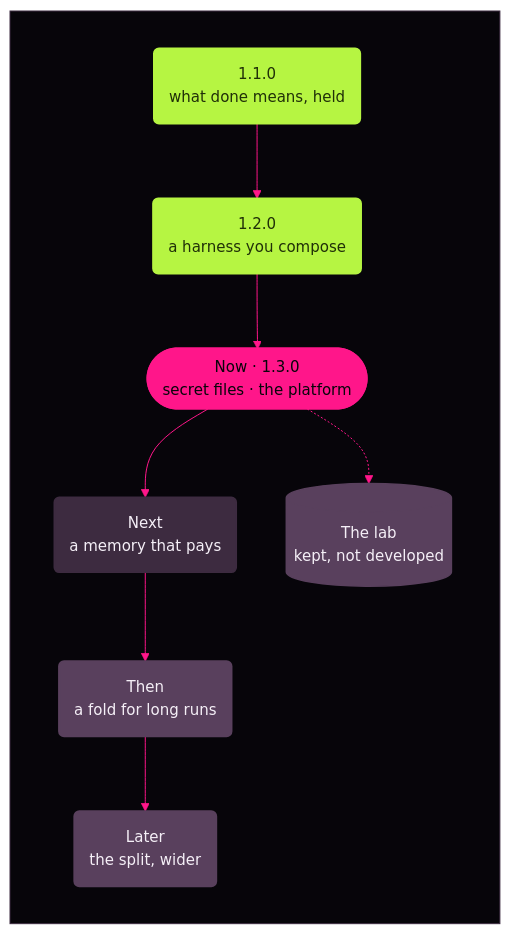
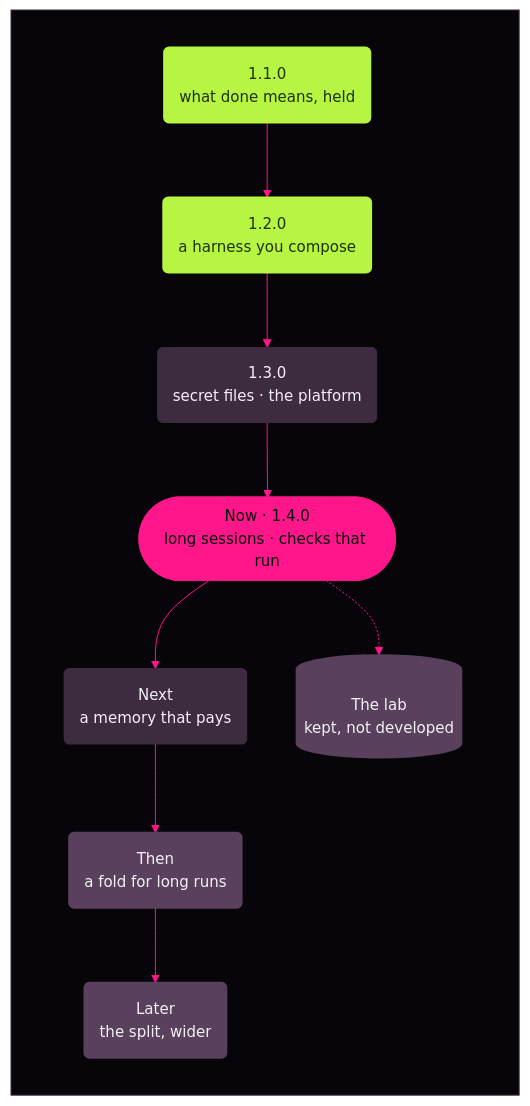
The diagram in docs/roadmap.md (Kaginari/mikata), drawn with Mermaid before and after one commit. The commit also changed other lines of this file and 10 other files, not shown here.

````diff
--- a/docs/roadmap.md
+++ b/docs/roadmap.md
@@ -9,76 +9,77 @@
 ```mermaid
 ---
 config:
   theme: base
   themeVariables:
     darkMode: true
     background: "#07050a"
     fontFamily: "Inter, Segoe UI, system-ui, -apple-system, Helvetica, Arial, sans-serif"
     fontSize: "15px"
     primaryColor: "#3d2b40"
     primaryTextColor: "#f5eff7"
     primaryBorderColor: "#3d2b40"
     secondaryColor: "#59405d"
     secondaryTextColor: "#f5eff7"
     secondaryBorderColor: "#59405d"
     tertiaryColor: "#110c14"
     tertiaryTextColor: "#f5eff7"
     tertiaryBorderColor: "#3d2b40"
     lineColor: "#ff168a"
     textColor: "#f5eff7"
     titleColor: "#f5eff7"
     edgeLabelBackground: "#07050a"
     clusterBkg: "#110c14"
     clusterBorder: "#3d2b40"
     noteBkgColor: "#ffb020"
     noteTextColor: "#1a1205"
     noteBorderColor: "#ffb020"
     actorBkg: "#3d2b40"
     actorBorder: "#3d2b40"
     actorTextColor: "#f5eff7"
     actorLineColor: "#59405d"
     signalColor: "#ff655c"
     signalTextColor: "#f5eff7"
     labelBoxBkgColor: "#3d2b40"
     labelBoxBorderColor: "#3d2b40"
     labelTextColor: "#f5eff7"
     loopTextColor: "#f5eff7"
     activationBkgColor: "#ff168a"
     activationBorderColor: "#ff168a"
     sequenceNumberColor: "#07050a"
     transitionColor: "#ff168a"
     transitionLabelColor: "#f5eff7"
     stateLabelColor: "#f5eff7"
     stateBkg: "#3d2b40"
     labelBackgroundColor: "#07050a"
     compositeBackground: "#110c14"
     compositeTitleBackground: "#3d2b40"
     altBackground: "#110c14"
     specialStateColor: "#b6f542"
     innerEndBackground: "#b6f542"
   flowchart:
     wrappingWidth: 220
 ---
 flowchart TD
     subgraph MIKATA_BG[" "]
       direction TB
       R("1.1.0<br/>what done means, held") --> R2("1.2.0<br/>a harness you compose")
-      R2 --> N(["Now · 1.3.0<br/>secret files · the platform"])
+      R2 --> R3("1.3.0<br/>secret files · the platform")
+      R3 --> N(["Now · 1.4.0<br/>long sessions · checks that run"])
       N --> M("Next<br/>a memory that pays")
       M --> F("Then<br/>a fold for long runs")
       F --> S("Later<br/>the split, wider")
       L[("The lab<br/>kept, not developed")]
       N -.-> L
     end
     classDef shipped fill:#b6f542,stroke:#b6f542,stroke-width:2px,color:#203008
     class R,R2 shipped
     classDef now fill:#ff168a,stroke:#ff168a,stroke-width:2px,color:#07050a
     class N now
     classDef next fill:#3d2b40,stroke:#3d2b40,stroke-width:1.5px,color:#f5eff7
     class M next
     classDef later fill:#59405d,stroke:#59405d,stroke-width:2px,color:#f5eff7
     class F,S later
     classDef lab fill:#59405d,stroke:#59405d,stroke-width:1.5px,color:#f5eff7
     class L lab
     style MIKATA_BG fill:#07050a,stroke:#3d2b40,color:#07050a
 ```
````
